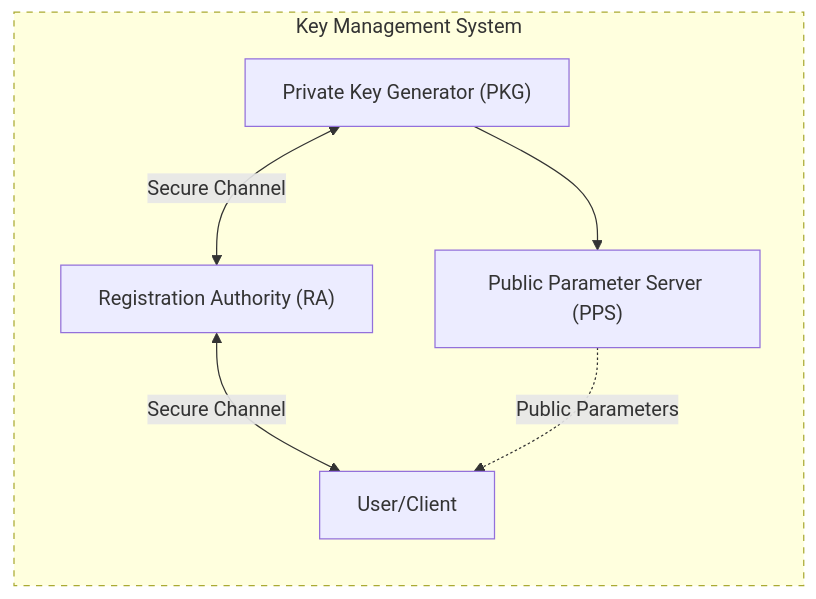
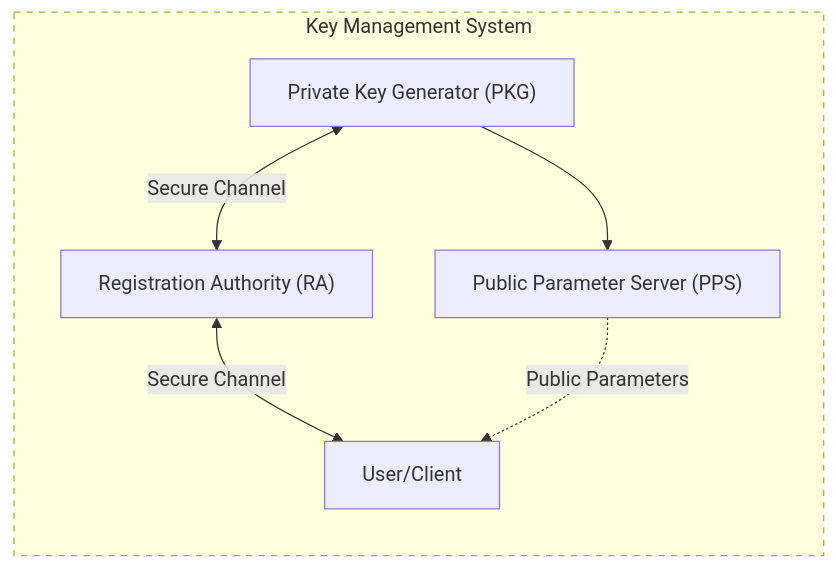
Before and after one commit to pedroalbanese/edgetk: the third of 4 diagrams in README.md, drawn with Mermaid.

````diff
--- a/README.md
+++ b/README.md
@@ -899,18 +899,18 @@
 ```mermaid
 graph LR
     subgraph IBEKeyManagementSystem["Key Management System"]
         direction TB
-        PKG["Private Key Generator (PKG)"]
-        RA["Registration Authority (RA)"]
-        PPS["Public Parameter Server (PPS)"]
+        PKG["Private&nbsp;Key&nbsp;Generator&nbsp;(PKG)"]
+        RA["Registration&nbsp;Authority&nbsp;(RA)"]
+        PPS["Public&nbsp;Parameter&nbsp;Server&nbsp;(PPS)"]
         User["User/Client"]
     end
 
     PKG <-->|Secure Channel| RA
     PKG --> PPS
     RA <-->|Secure Channel| User
     PPS -.->|Public Parameters| User
     
     classDef dashed stroke-dasharray: 5 5
     class IBEKeyManagementSystem dashed
 ```
````
